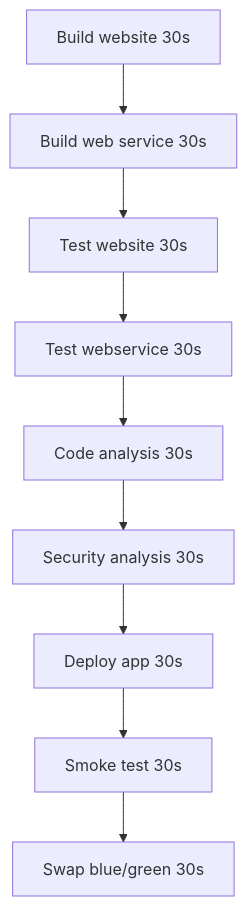
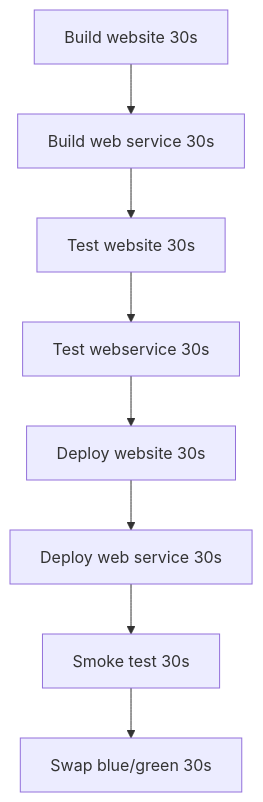
Before and after one commit to samsmithnz/ParallelPipelinesDemo: the first of 2 diagrams in README.md, drawn with Mermaid.

````diff
--- a/README.md
+++ b/README.md
@@ -5,4 +5,4 @@
 ```mermaid
   graph TD;
-      buildweb[Build website 30s]-->buildwebservice[Build web service 30s]-->testsWeb[Test website 30s]-->testsWebservice[Test webservice 30s]-->codeAnalysis[Code analysis 30s]-->securityAnalysis[Security analysis 30s]-->deployApp[Deploy app 30s]-->smoke[Smoke test 30s]-->swap[Swap blue/green 30s];
+      buildweb[Build website 30s]-->buildwebservice[Build web service 30s]-->testWebsite[Test website 30s]-->testsWebservice[Test webservice 30s]-->deployWebsite[Deploy website 30s]-->deployWebService[Deploy web service 30s]-->smoke[Smoke test 30s]-->swap[Swap blue/green 30s];
 ```
````
